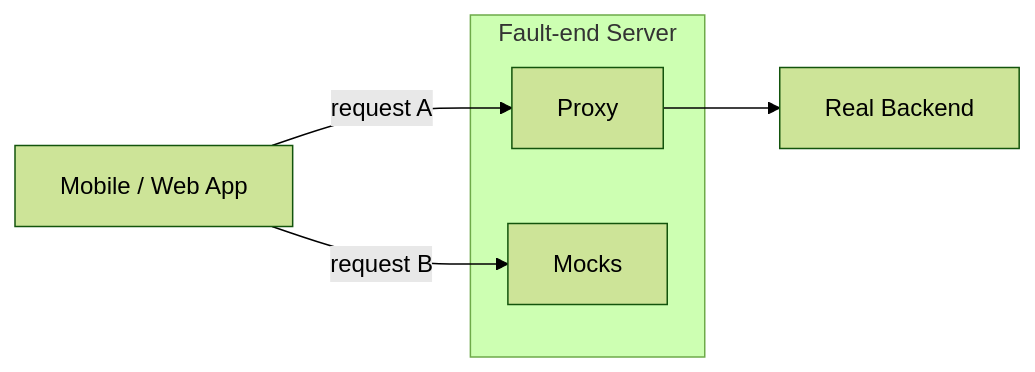
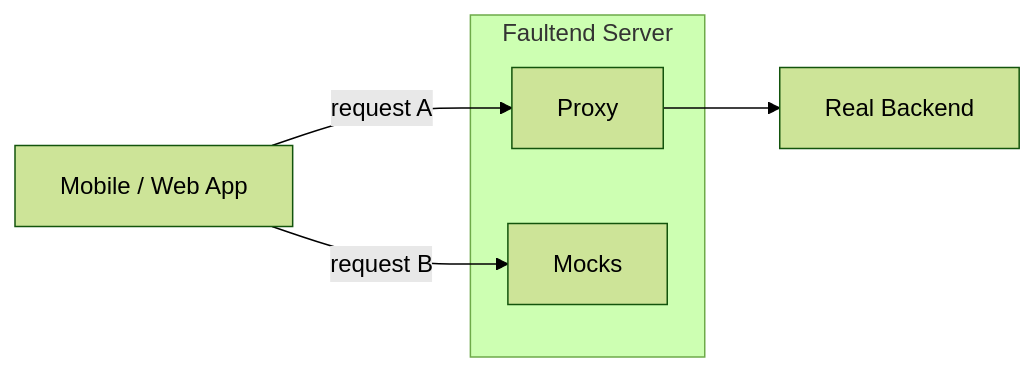
The diagram in README.md (dalogax/faultend), drawn with Mermaid (forest theme) before and after one commit. The commit also changed other lines of this file and 19 other files, not shown here.

Commit message:
refactor: Rename 'Fault-end' to 'Faultend' across the codebase for consistency

````diff
--- a/README.md
+++ b/README.md
@@ -76,12 +43,12 @@
 ```mermaid
 flowchart LR
     A -->|request A| P
     A[Mobile / Web App] -->|request B| M
 
-    subgraph B[Fault-end Server]
+    subgraph B[Faultend Server]
         P[Proxy]
         M[Mocks]
     end
     
     P --> C[Real Backend]
 ```
````
